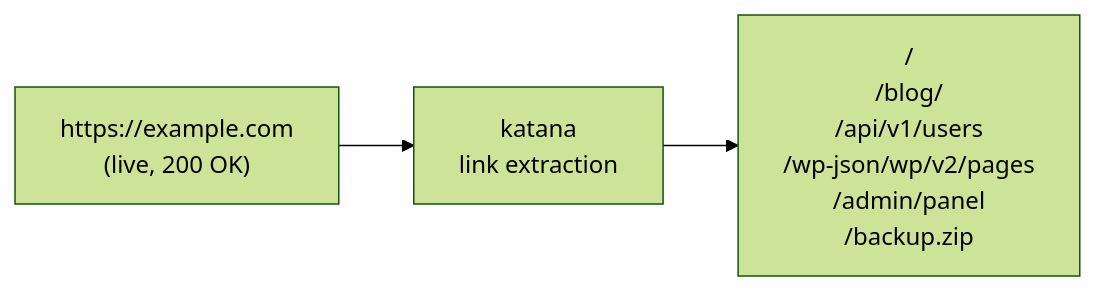
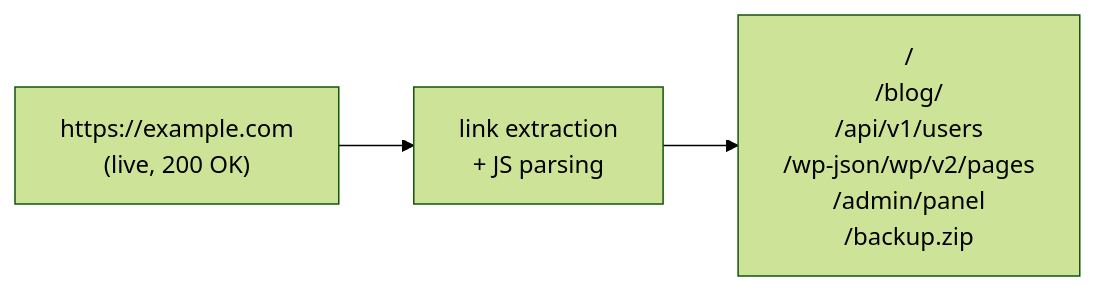
One commit to Linuxhackingid-official/Gorecon changed diagram 12 of 19 in README.md. Above: the diagram before and after it, drawn with Mermaid (forest theme). The commit also changed other lines of this file, not shown here.

Commit message:
fix: Layout flowchart TD + subgraph direction LR

````diff
--- a/README.md
+++ b/README.md
@@ -522,5 +522,5 @@
 ```mermaid
 flowchart LR
-    IN["https://example.com<br/>(live, 200 OK)"] --> ENG["katana<br/>link extraction"]
+    IN["https://example.com<br/>(live, 200 OK)"] --> ENG["link extraction<br/>+ JS parsing"]
     ENG --> OUT["/<br/>/blog/<br/>/api/v1/users<br/>/wp-json/wp/v2/pages<br/>/admin/panel<br/>/backup.zip"]
 ```
````
